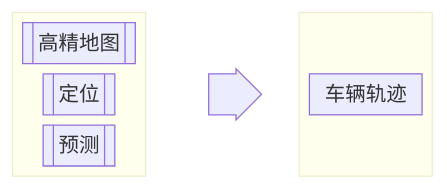
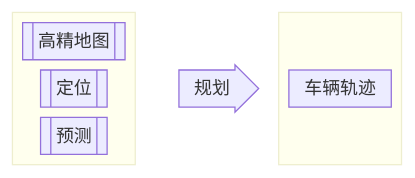
Before and after one commit to fenwickxie/notes: the second of 6 diagrams in automatic_driving/apollo/self-driving_fundamentals.md, drawn with Mermaid. The commit also changed other lines of this file and 1 other file, not shown here.

````diff
--- a/automatic_driving/apollo/self-driving_fundamentals.md
+++ b/automatic_driving/apollo/self-driving_fundamentals.md
@@ -118,15 +118,22 @@
 ```mermaid
+---
+config:
+  theme: default
+  themeVariables:
+    fontFamily: 'Times new Roman'
+    fontSize: 14px
+---
 block-beta
 columns 3
   block:block1:1
     columns 1
     A[["高精地图"]] B[["定位"]] D[["预测"]]
   end
-  blockArrowId<["&nbsp;&nbsp;&nbsp;"]>(right)
+  blockArrowId<["&nbsp;&nbsp;规划"]>(right)
   block:block2:1
     columns 1
     space
     E["车辆轨迹"] 
     space
   end
 ```
````
